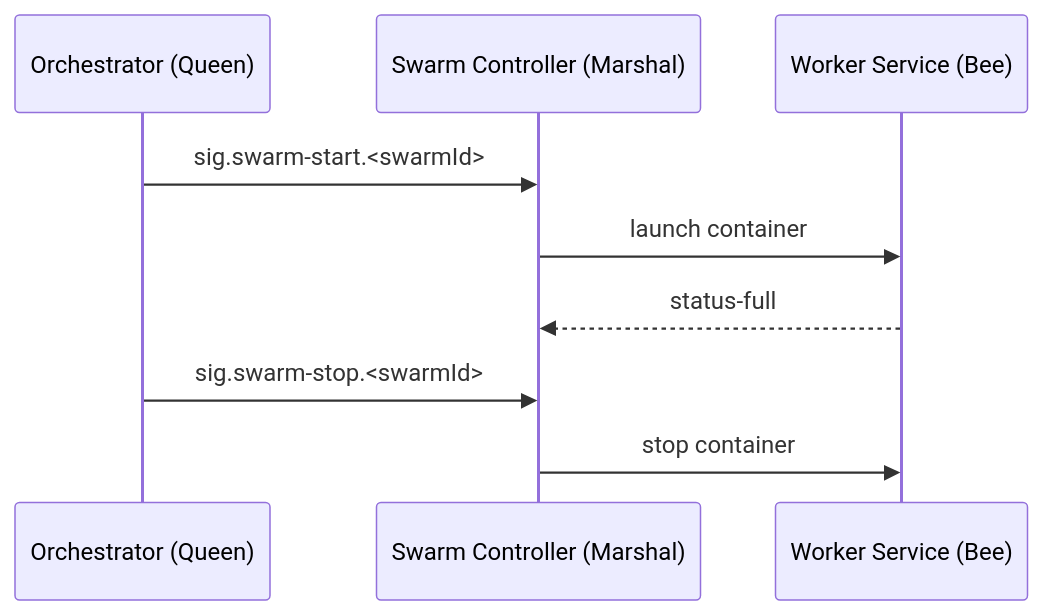
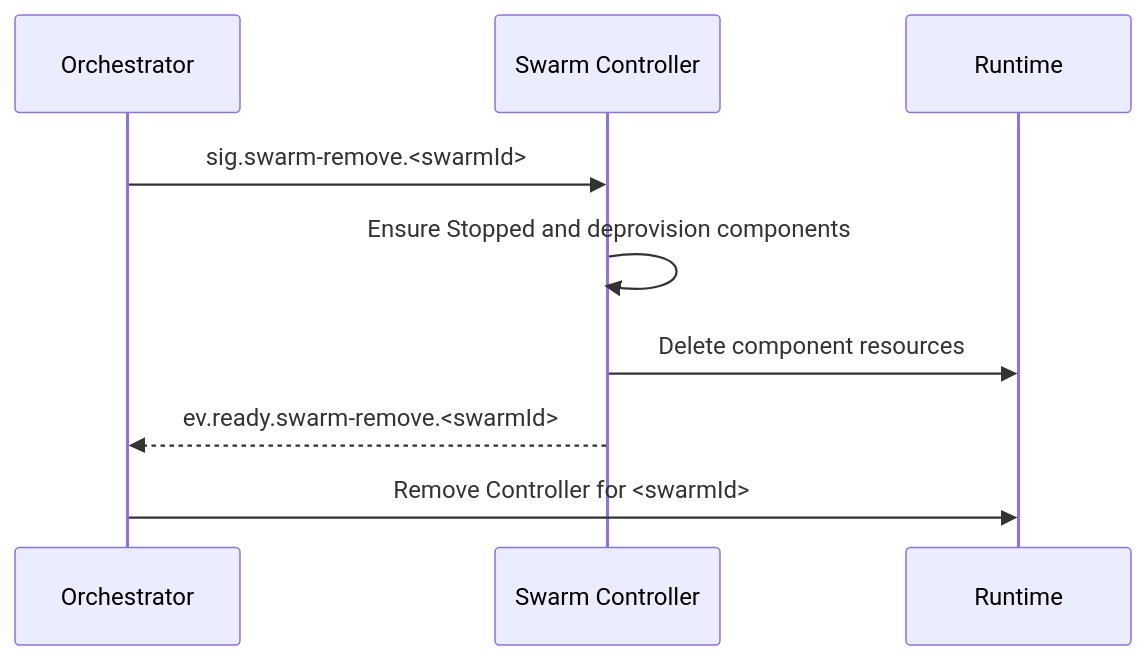
One commit to sepa79/PocketHive changed the fifth of 6 diagrams in docs/ARCHITECTURE.md. Above: the diagram before and after it, drawn with Mermaid. The commit also changed other lines of this file and 5 other files, not shown here.

````diff
--- a/docs/ARCHITECTURE.md
+++ b/docs/ARCHITECTURE.md
@@ -166,12 +202,12 @@
 ```mermaid
 sequenceDiagram
-  participant QN as Orchestrator (Queen)
-  participant MSH as Swarm Controller (Marshal)
-  participant WS as Worker Service (Bee)
+  participant QN as Orchestrator
+  participant MSH as Swarm Controller
+  participant RT as Runtime
 
-  QN->>MSH: sig.swarm-start.<swarmId>
-  MSH->>WS: launch container
-  WS-->>MSH: status-full
-  QN->>MSH: sig.swarm-stop.<swarmId>
-  MSH->>WS: stop container
+  QN->>MSH: sig.swarm-remove.<swarmId>
+  MSH->>MSH: Ensure Stopped and deprovision components
+  MSH->>RT: Delete component resources
+  MSH-->>QN: ev.ready.swarm-remove.<swarmId>
+  QN->>RT: Remove Controller for <swarmId>
 ```
````
